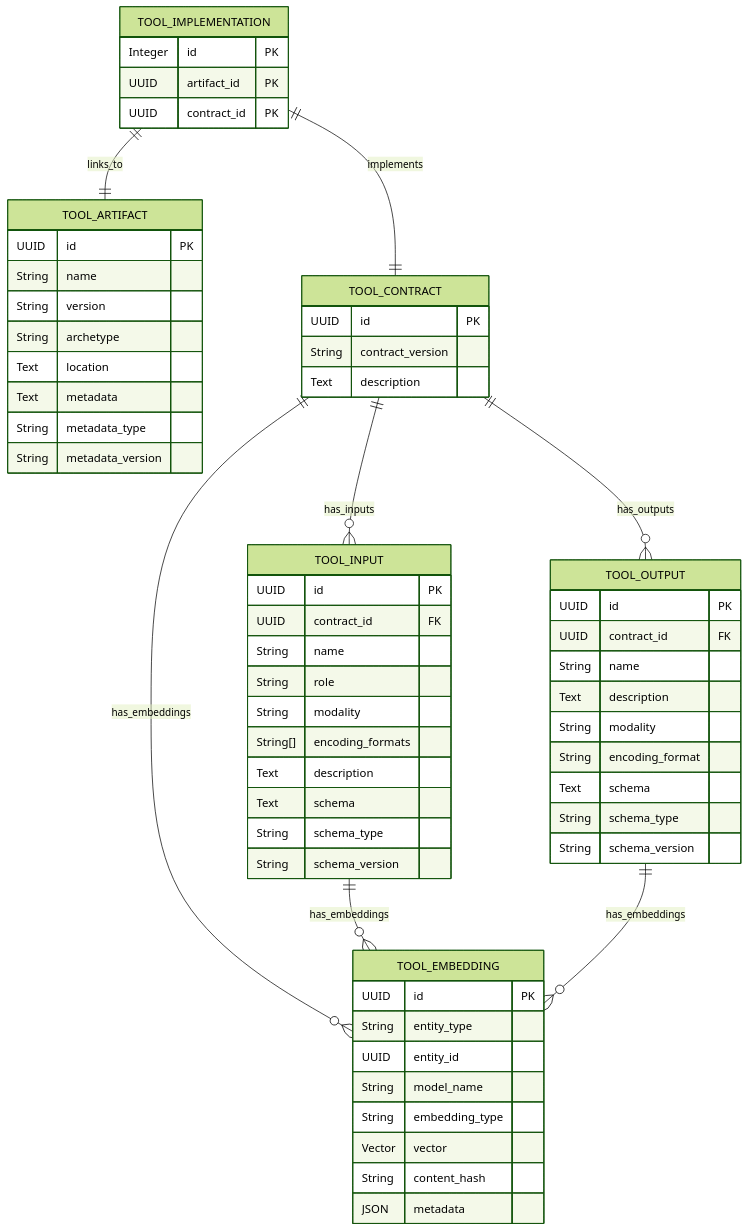
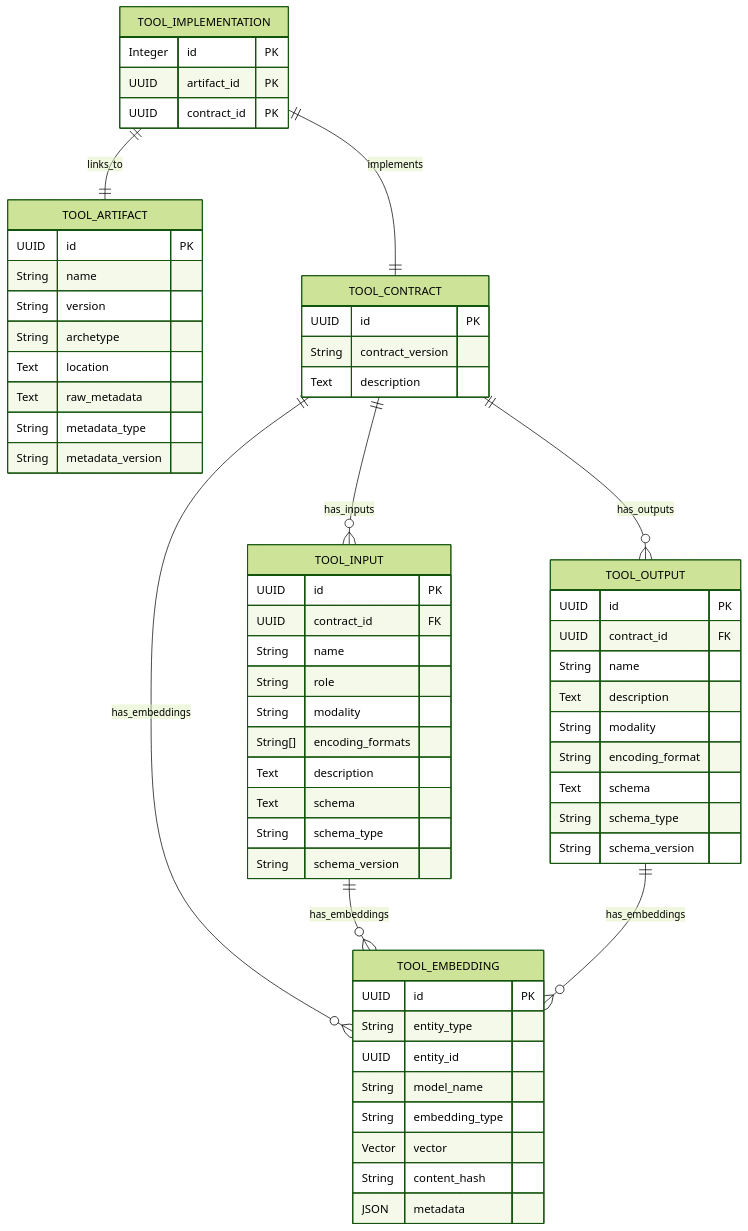
The diagram in README.md (EOSC-Data-Commons/toolmeta-models), drawn with Mermaid (forest theme) before and after one commit. The commit also changed 1 other file, not shown here.

Commit message:
Update models

````diff
--- a/README.md
+++ b/README.md
@@ -6,74 +6,74 @@
 ```mermaid
 erDiagram
     %% Root table
     TOOL_IMPLEMENTATION {
         Integer id PK
         UUID artifact_id PK
         UUID contract_id PK
     }
     
     %% Artefact table
    TOOL_ARTIFACT {
         UUID id PK
         String name
         String version
         String archetype
         Text location
-        Text metadata
+        Text raw_metadata
         String metadata_type
         String metadata_version
     }
     
     %% Tool contract table
     TOOL_CONTRACT {
         UUID id PK
         String contract_version
         Text description
     }
 
     TOOL_EMBEDDING {
         UUID id PK
         String entity_type
         UUID entity_id 
         String model_name
         String embedding_type
         Vector vector
         String content_hash
         JSON metadata
     }
     
     %% Inputs and outputs
     TOOL_INPUT {
         UUID id PK
         UUID contract_id FK
         String name
         String role
         String modality
         String[] encoding_formats
         Text description
         Text schema
         String schema_type
         String schema_version
     }
     
     TOOL_OUTPUT {
         UUID id PK
         UUID contract_id FK
         String name
         Text description
         String modality
         String encoding_format
         Text schema
         String schema_type
         String schema_version
     }
     
     %% Relationships
     TOOL_IMPLEMENTATION ||--|| TOOL_ARTIFACT : links_to
     TOOL_IMPLEMENTATION ||--|| TOOL_CONTRACT : implements
     TOOL_CONTRACT ||--o{ TOOL_EMBEDDING : has_embeddings
     TOOL_INPUT ||--o{ TOOL_EMBEDDING : has_embeddings
     TOOL_OUTPUT ||--o{ TOOL_EMBEDDING : has_embeddings
     TOOL_CONTRACT ||--o{ TOOL_INPUT : has_inputs
     TOOL_CONTRACT ||--o{ TOOL_OUTPUT : has_outputs
 ```
````
